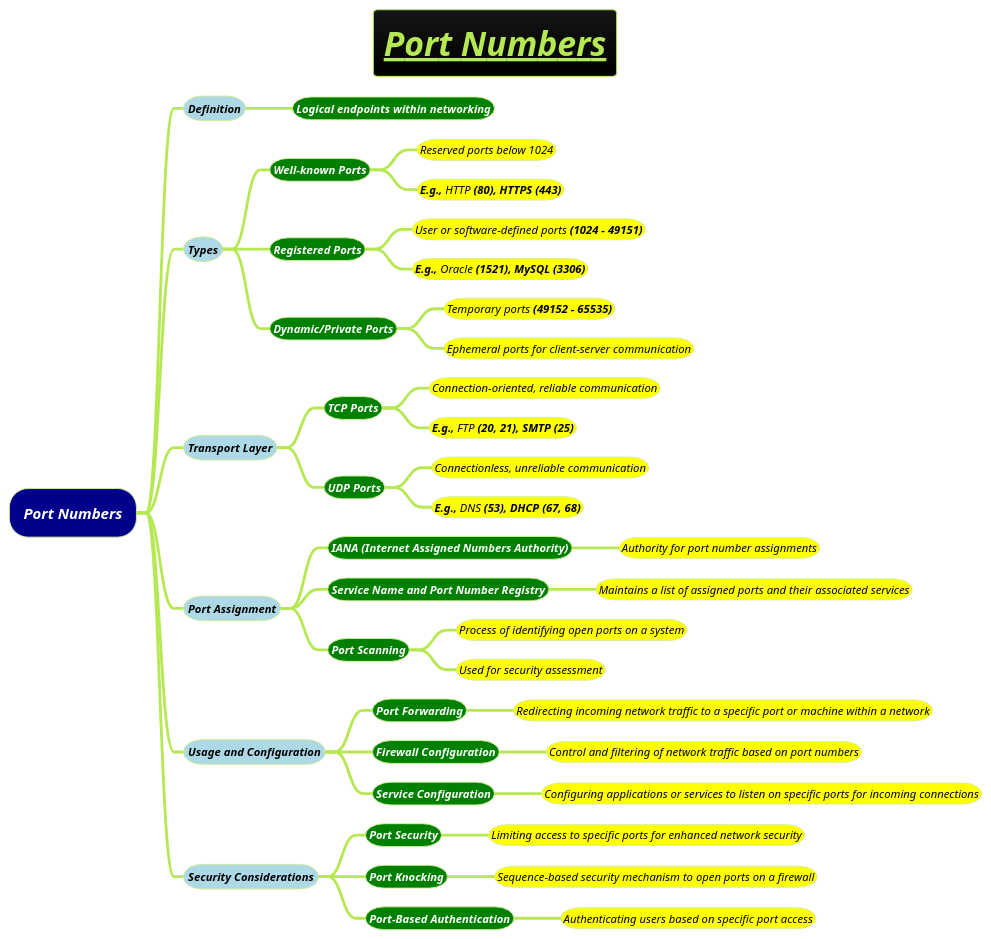
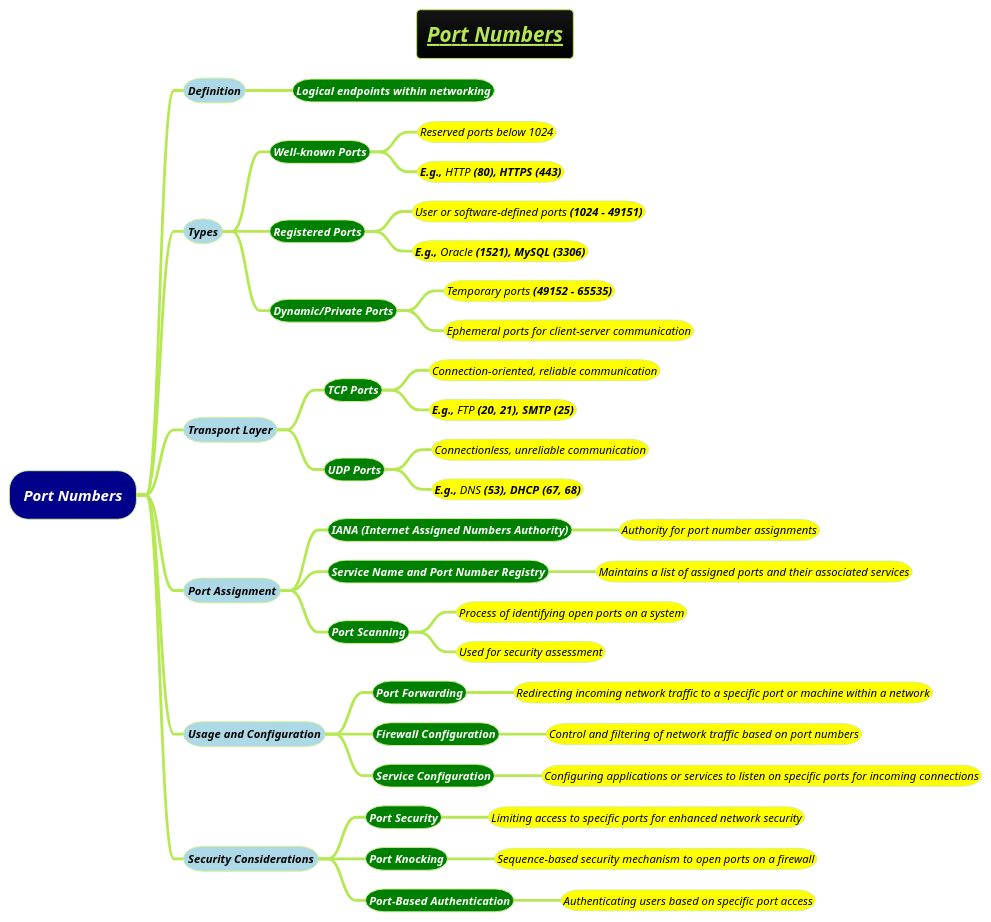
The diagram in docs/books/1-books-backlog/operating-system/port-numbers.puml (MehmoodHashmi/Documentation-as-Code-DaC), drawn with PlantUML before and after one commit. The commit also changed 5 other files, not shown here.

```diff
--- a/docs/books/1-books-backlog/operating-system/port-numbers.puml
+++ b/docs/books/1-books-backlog/operating-system/port-numbers.puml
@@ -1,47 +1,47 @@
 @startmindmap
-title =<i><b><u>Port Numbers
+title =<i><b><u><size:18>Port Numbers
 !theme hacker
 
 *[#darkblue] <i><color #white>Port Numbers
 **[#lightblue] <i><color #black><size:12>Definition
 ***[#green] <b><i><color #white><size:12>Logical endpoints within networking
 **[#lightblue] <i><color #black><size:12>Types
 ***[#green] <b><i><color #white><size:12>Well-known Ports
 ****[#yellow] <i><color #black><size:12>Reserved ports below 1024
 ****[#yellow] <i><color #black><size:12>**E.g.,** HTTP <b>(80), HTTPS <b>(443)
 ***[#green] <b><i><color #white><size:12>Registered Ports
 ****[#yellow] <i><color #black><size:12>User or software-defined ports <b>(1024 - 49151)
 ****[#yellow] <i><color #black><size:12>**E.g.,** Oracle <b>(1521), MySQL <b>(3306)
 ***[#green] <b><i><color #white><size:12>Dynamic/Private Ports
 ****[#yellow] <i><color #black><size:12>Temporary ports <b>(49152 - 65535)
 ****[#yellow] <i><color #black><size:12>Ephemeral ports for client-server communication
 **[#lightblue] <i><color #black><size:12>Transport Layer
 ***[#green] <b><i><color #white><size:12>TCP Ports
 ****[#yellow] <i><color #black><size:12>Connection-oriented, reliable communication
 ****[#yellow] <i><color #black><size:12>**E.g.,** FTP <b>(20, 21), SMTP <b>(25)
 ***[#green] <b><i><color #white><size:12>UDP Ports
 ****[#yellow] <i><color #black><size:12>Connectionless, unreliable communication
 ****[#yellow] <i><color #black><size:12>**E.g.,** DNS <b>(53), DHCP <b>(67, 68)
 **[#lightblue] <i><color #black><size:12>Port Assignment
 ***[#green] <b><i><color #white><size:12>IANA <b>(Internet Assigned Numbers Authority)
 ****[#yellow] <i><color #black><size:12>Authority for port number assignments
 ***[#green] <b><i><color #white><size:12>Service Name and Port Number Registry
 ****[#yellow] <i><color #black><size:12>Maintains a list of assigned ports and their associated services
 ***[#green] <b><i><color #white><size:12>Port Scanning
 ****[#yellow] <i><color #black><size:12>Process of identifying open ports on a system
 ****[#yellow] <i><color #black><size:12>Used for security assessment
 **[#lightblue] <i><color #black><size:12>Usage and Configuration
 ***[#green] <b><i><color #white><size:12>Port Forwarding
 ****[#yellow] <i><color #black><size:12>Redirecting incoming network traffic to a specific port or machine within a network
 ***[#green] <b><i><color #white><size:12>Firewall Configuration
 ****[#yellow] <i><color #black><size:12>Control and filtering of network traffic based on port numbers
 ***[#green] <b><i><color #white><size:12>Service Configuration
 ****[#yellow] <i><color #black><size:12>Configuring applications or services to listen on specific ports for incoming connections
 **[#lightblue] <i><color #black><size:12>Security Considerations
 ***[#green] <b><i><color #white><size:12>Port Security
 ****[#yellow] <i><color #black><size:12>Limiting access to specific ports for enhanced network security
 ***[#green] <b><i><color #white><size:12>Port Knocking
 ****[#yellow] <i><color #black><size:12>Sequence-based security mechanism to open ports on a firewall
 ***[#green] <b><i><color #white><size:12>Port-Based Authentication
 ****[#yellow] <i><color #black><size:12>Authenticating users based on specific port access
 @endmindmap
```
